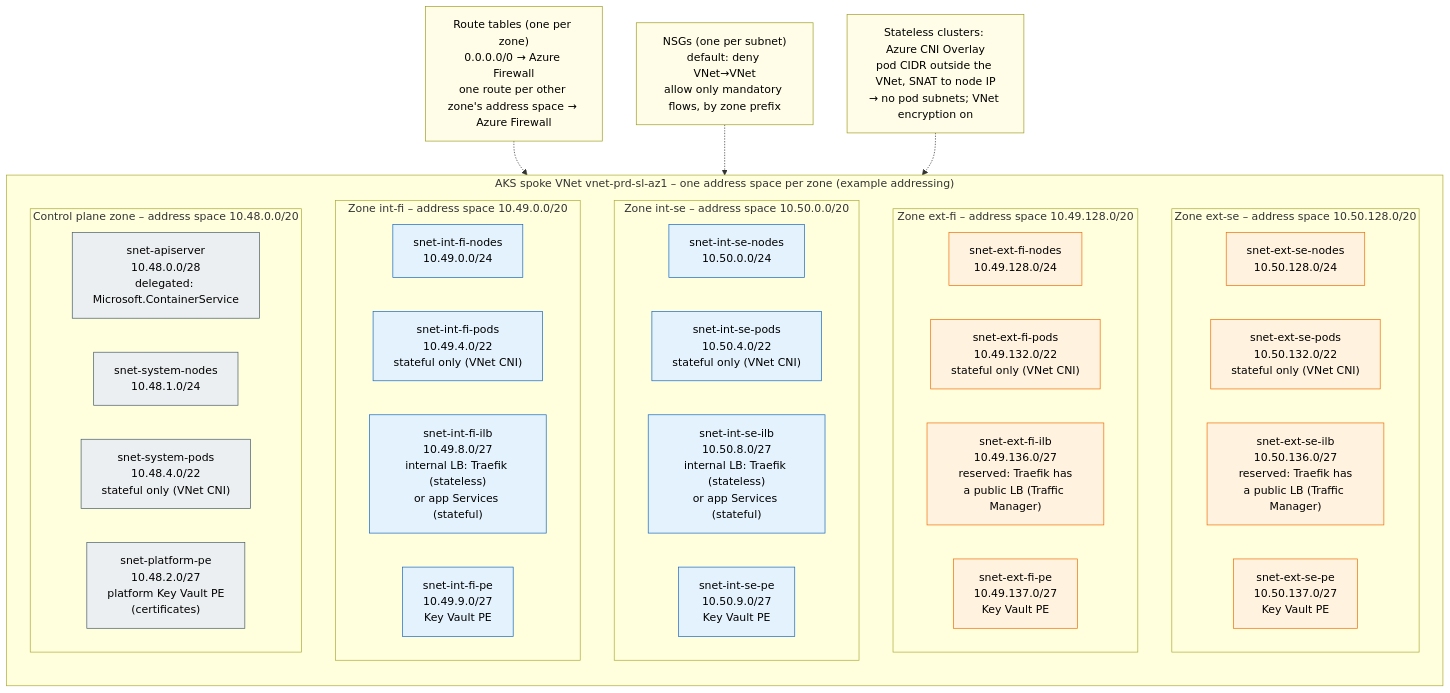
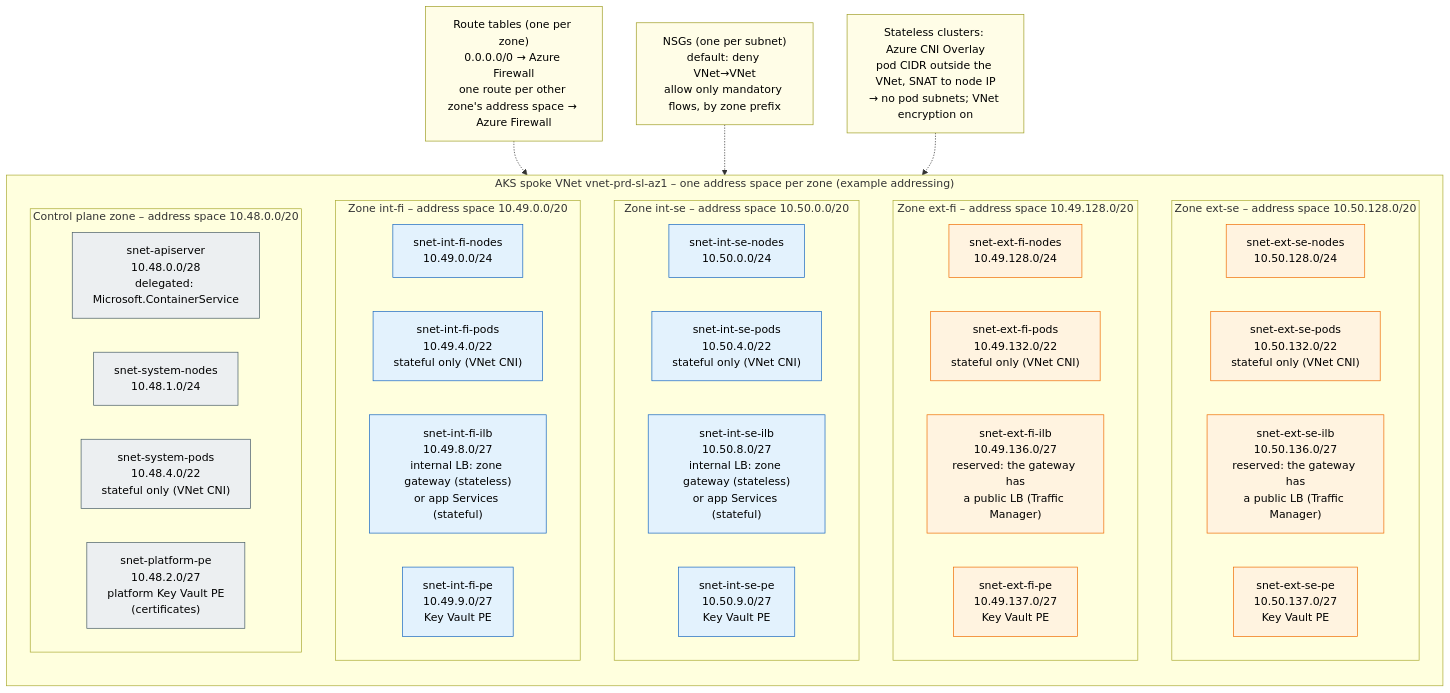
The diagram in diagrams/02-network-subnets.mmd (onek8s/onek8s.github.io), drawn with Mermaid before and after one commit. The commit also changed 37 other files, not shown here.

First line of the commit message:
App Routing's Gateway API (approuting-istio) instead of Traefik (#25)

```diff
--- a/diagrams/02-network-subnets.mmd
+++ b/diagrams/02-network-subnets.mmd
@@ -1,58 +1,58 @@
 %% Subnet layout of the AKS spoke VNet. Every subnet has its own NSG and UDR.
 %% Every zone is its own address space of the VNet, taken from the zone prefix of the address plan (README section 8).
 %% Pod subnets exist only in the stateful cluster (VNet CNI); stateless clusters use Azure CNI Overlay.
 flowchart TB
     subgraph VNET["AKS spoke VNet vnet-prd-sl-az1 – one address space per zone (example addressing)"]
         direction TB
         subgraph ESE["Zone ext-se – address space 10.50.128.0/20"]
             direction LR
             ese_n["snet-ext-se-nodes<br/>10.50.128.0/24"]
             ese_p["snet-ext-se-pods<br/>10.50.132.0/22<br/>stateful only (VNet CNI)"]
-            ese_i["snet-ext-se-ilb<br/>10.50.136.0/27<br/>reserved: Traefik has<br/>a public LB (Traffic Manager)"]
+            ese_i["snet-ext-se-ilb<br/>10.50.136.0/27<br/>reserved: the gateway has<br/>a public LB (Traffic Manager)"]
             ese_pe["snet-ext-se-pe<br/>10.50.137.0/27<br/>Key Vault PE"]
         end
         subgraph EFI["Zone ext-fi – address space 10.49.128.0/20"]
             direction LR
             efi_n["snet-ext-fi-nodes<br/>10.49.128.0/24"]
             efi_p["snet-ext-fi-pods<br/>10.49.132.0/22<br/>stateful only (VNet CNI)"]
-            efi_i["snet-ext-fi-ilb<br/>10.49.136.0/27<br/>reserved: Traefik has<br/>a public LB (Traffic Manager)"]
+            efi_i["snet-ext-fi-ilb<br/>10.49.136.0/27<br/>reserved: the gateway has<br/>a public LB (Traffic Manager)"]
             efi_pe["snet-ext-fi-pe<br/>10.49.137.0/27<br/>Key Vault PE"]
         end
         subgraph ISE["Zone int-se – address space 10.50.0.0/20"]
             direction LR
             ise_n["snet-int-se-nodes<br/>10.50.0.0/24"]
             ise_p["snet-int-se-pods<br/>10.50.4.0/22<br/>stateful only (VNet CNI)"]
-            ise_i["snet-int-se-ilb<br/>10.50.8.0/27<br/>internal LB: Traefik (stateless)<br/>or app Services (stateful)"]
+            ise_i["snet-int-se-ilb<br/>10.50.8.0/27<br/>internal LB: zone gateway (stateless)<br/>or app Services (stateful)"]
             ise_pe["snet-int-se-pe<br/>10.50.9.0/27<br/>Key Vault PE"]
         end
         subgraph IFI["Zone int-fi – address space 10.49.0.0/20"]
             direction LR
             ifi_n["snet-int-fi-nodes<br/>10.49.0.0/24"]
             ifi_p["snet-int-fi-pods<br/>10.49.4.0/22<br/>stateful only (VNet CNI)"]
-            ifi_i["snet-int-fi-ilb<br/>10.49.8.0/27<br/>internal LB: Traefik (stateless)<br/>or app Services (stateful)"]
+            ifi_i["snet-int-fi-ilb<br/>10.49.8.0/27<br/>internal LB: zone gateway (stateless)<br/>or app Services (stateful)"]
             ifi_pe["snet-int-fi-pe<br/>10.49.9.0/27<br/>Key Vault PE"]
         end
         subgraph CP["Control plane zone – address space 10.48.0.0/20"]
             direction LR
             s_api["snet-apiserver<br/>10.48.0.0/28<br/>delegated: Microsoft.ContainerService"]
             s_sysn["snet-system-nodes<br/>10.48.1.0/24"]
             s_sysp["snet-system-pods<br/>10.48.4.0/22<br/>stateful only (VNet CNI)"]
             s_ppe["snet-platform-pe<br/>10.48.2.0/27<br/>platform Key Vault PE<br/>(certificates)"]
         end
     end
 
     rt["Route tables (one per zone)<br/>0.0.0.0/0 → Azure Firewall<br/>one route per other zone's address space → Azure Firewall"]
     nsg["NSGs (one per subnet)<br/>default: deny VNet→VNet<br/>allow only mandatory flows, by zone prefix"]
     cni["Stateless clusters: Azure CNI Overlay<br/>pod CIDR outside the VNet, SNAT to node IP<br/>→ no pod subnets; VNet encryption on"]
     rt -.-> VNET
     nsg -.-> VNET
     cni -.-> VNET
 
     classDef cp fill:#eceff1,stroke:#455a64,color:#000
     classDef int fill:#e3f2fd,stroke:#1565c0,color:#000
     classDef ext fill:#fff3e0,stroke:#ef6c00,color:#000
     classDef note fill:#fffde7,stroke:#9e9d24,color:#000
     class s_api,s_sysn,s_sysp,s_ppe cp
     class ifi_n,ifi_p,ifi_i,ifi_pe,ise_n,ise_p,ise_i,ise_pe int
     class efi_n,efi_p,efi_i,efi_pe,ese_n,ese_p,ese_i,ese_pe ext
     class rt,nsg,cni note
```
